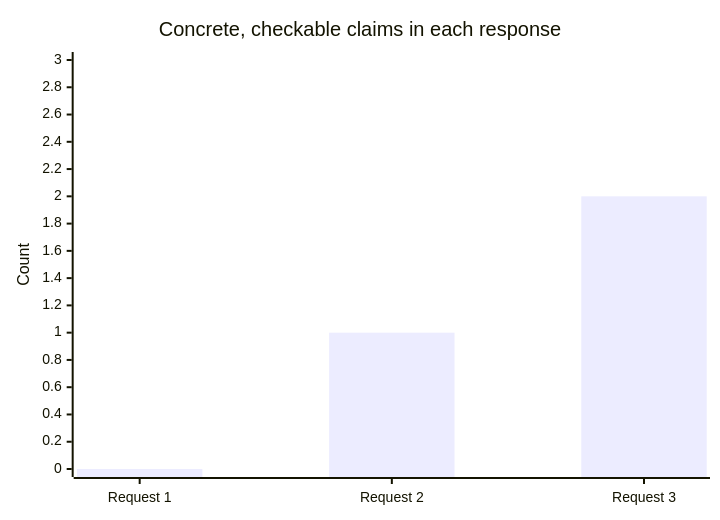
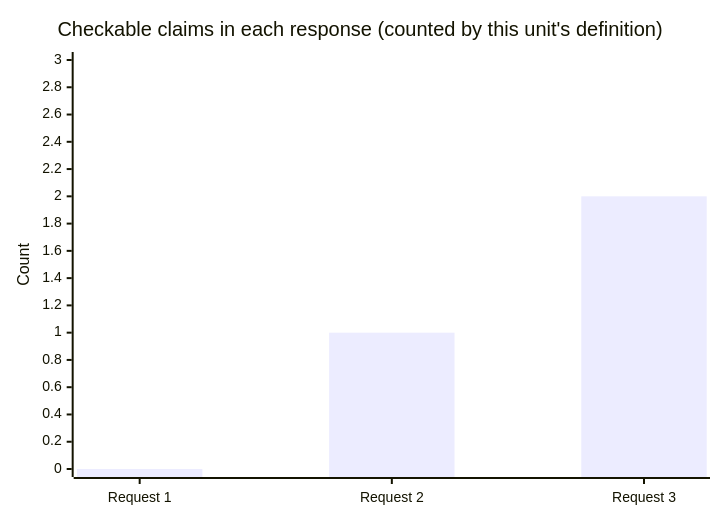
Before and after one commit to francoandreDev/knowledge: the second of 2 diagrams in src/content/career-craft/asking-feedback/L3-deep-dive.mdx, drawn with Mermaid. The commit also changed other lines of this file and 3 other files, not shown here.

````diff
--- a/src/content/career-craft/asking-feedback/L3-deep-dive.mdx
+++ b/src/content/career-craft/asking-feedback/L3-deep-dive.mdx
@@ -128,7 +125,7 @@
 ```mermaid
 xychart-beta
-    title "Concrete, checkable claims in each response"
+    title "Checkable claims in each response (counted by this unit's definition)"
     x-axis ["Request 1", "Request 2", "Request 3"]
     y-axis "Count" 0 --> 3
     bar [0, 1, 2]
 ```
````
